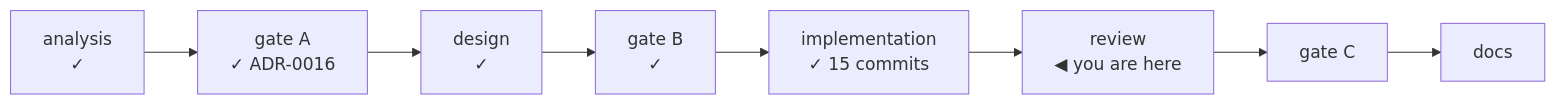
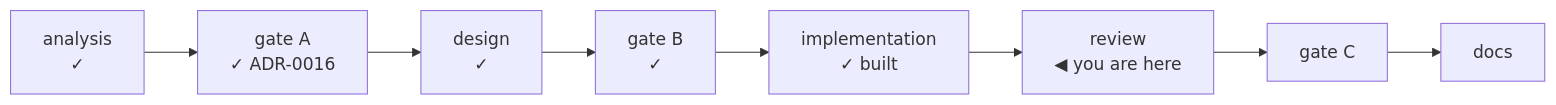
One commit to alergyonthestage/ytdl changed the diagram in docs/handoff-cycle6plus-review.md. Above: the diagram before and after it, drawn with Mermaid. The commit also changed other lines of this file and 1 other file, not shown here.

````diff
--- a/docs/handoff-cycle6plus-review.md
+++ b/docs/handoff-cycle6plus-review.md
@@ -14,8 +14,8 @@
 ```mermaid
 flowchart LR
   A["analysis<br/>✓"] --> GA["gate A<br/>✓ ADR-0016"]
   GA --> D["design<br/>✓"] --> GB["gate B<br/>✓"]
-  GB --> I["implementation<br/>✓ 15 commits"]
+  GB --> I["implementation<br/>✓ built"]
   I --> R["review<br/>◀ you are here"]
   R --> GC["gate C"] --> DOC["docs"]
 ```
````
